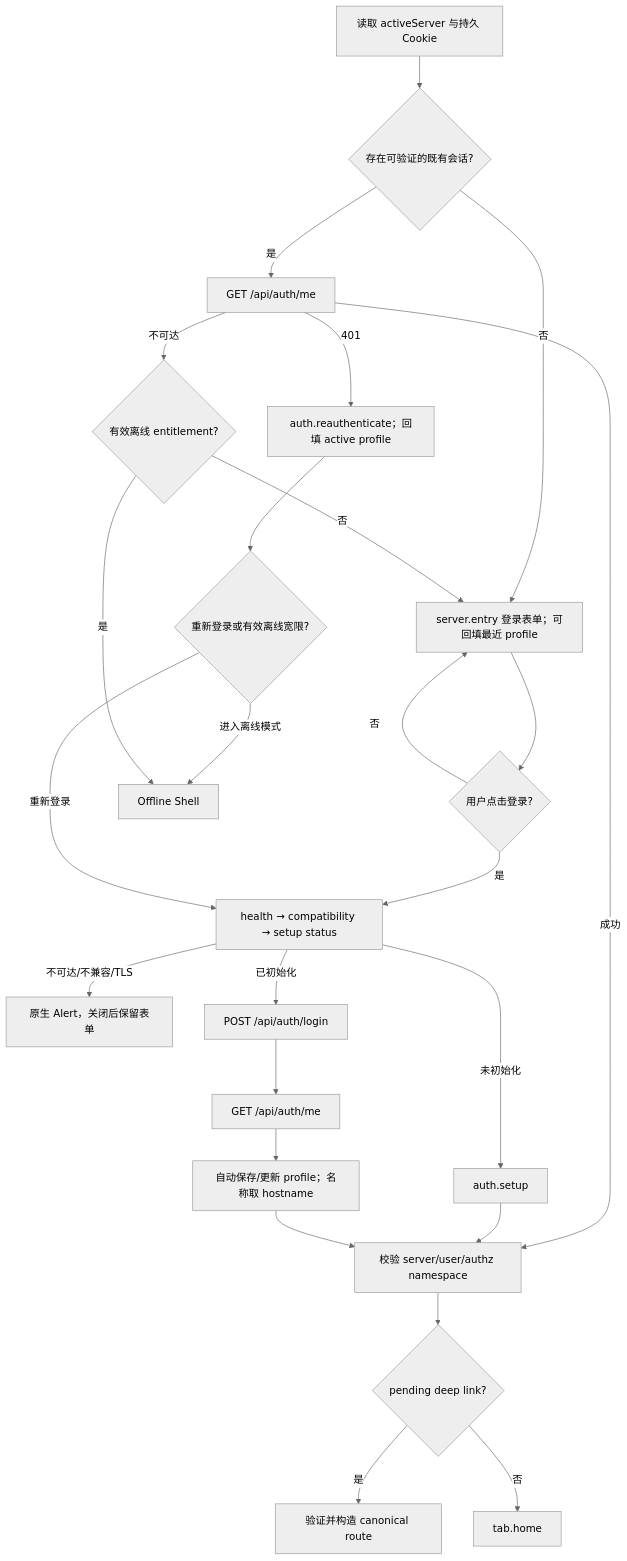
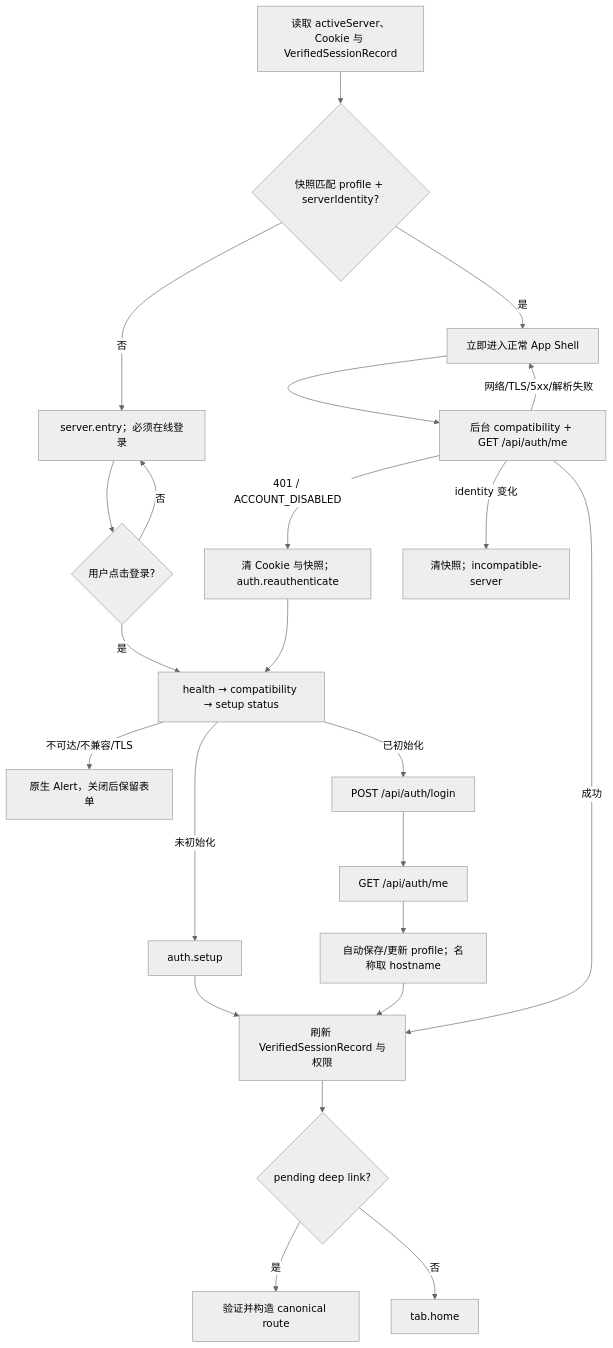
The second of 3 diagrams in docs/mobile-app-phase-2-information-architecture.md (GMD170629/ermao-library), drawn with Mermaid (neutral theme) before and after one commit. The commit also changed other lines of this file and 269 other files, not shown here.

````diff
--- a/docs/mobile-app-phase-2-information-architecture.md
+++ b/docs/mobile-app-phase-2-information-architecture.md
@@ -265,27 +274,25 @@
 ```mermaid
 flowchart TD
-    A["读取 activeServer 与持久 Cookie"] --> B{"存在可验证的既有会话?"}
-    B -- "否" --> C["server.entry 登录表单；可回填最近 profile"]
-    B -- "是" --> D["GET /api/auth/me"]
-    D -- "401" --> R["auth.reauthenticate；回填 active profile"]
+    A["读取 activeServer、Cookie 与 VerifiedSessionRecord"] --> B{"快照匹配 profile + serverIdentity?"}
+    B -- "否" --> C["server.entry；必须在线登录"]
+    B -- "是" --> S["立即进入正常 App Shell"]
+    S --> D["后台 compatibility + GET /api/auth/me"]
+    D -- "401 / ACCOUNT_DISABLED" --> R["清 Cookie 与快照；auth.reauthenticate"]
+    D -- "identity 变化" --> X["清快照；incompatible-server"]
+    D -- "网络/TLS/5xx/解析失败" --> S
     C --> E{"用户点击登录?"}
     E -- "否" --> C
     E -- "是" --> F["health → compatibility → setup status"]
-    R --> RE{"重新登录或有效离线宽限?"}
-    RE -- "重新登录" --> F
-    RE -- "进入离线模式" --> M
+    R --> F
     F -- "不可达/不兼容/TLS" --> G["原生 Alert，关闭后保留表单"]
     F -- "未初始化" --> H["auth.setup"]
     F -- "已初始化" --> I["POST /api/auth/login"]
     I --> J["GET /api/auth/me"]
-    D -- "成功" --> K["校验 server/user/authz namespace"]
-    D -- "不可达" --> L{"有效离线 entitlement?"}
-    L -- "是" --> M["Offline Shell"]
-    L -- "否" --> C
+    D -- "成功" --> K["刷新 VerifiedSessionRecord 与权限"]
     H --> K
     J --> Q["自动保存/更新 profile；名称取 hostname"]
     Q --> K
     K --> N{"pending deep link?"}
     N -- "是" --> O["验证并构造 canonical route"]
     N -- "否" --> P["tab.home"]
 ```
````
